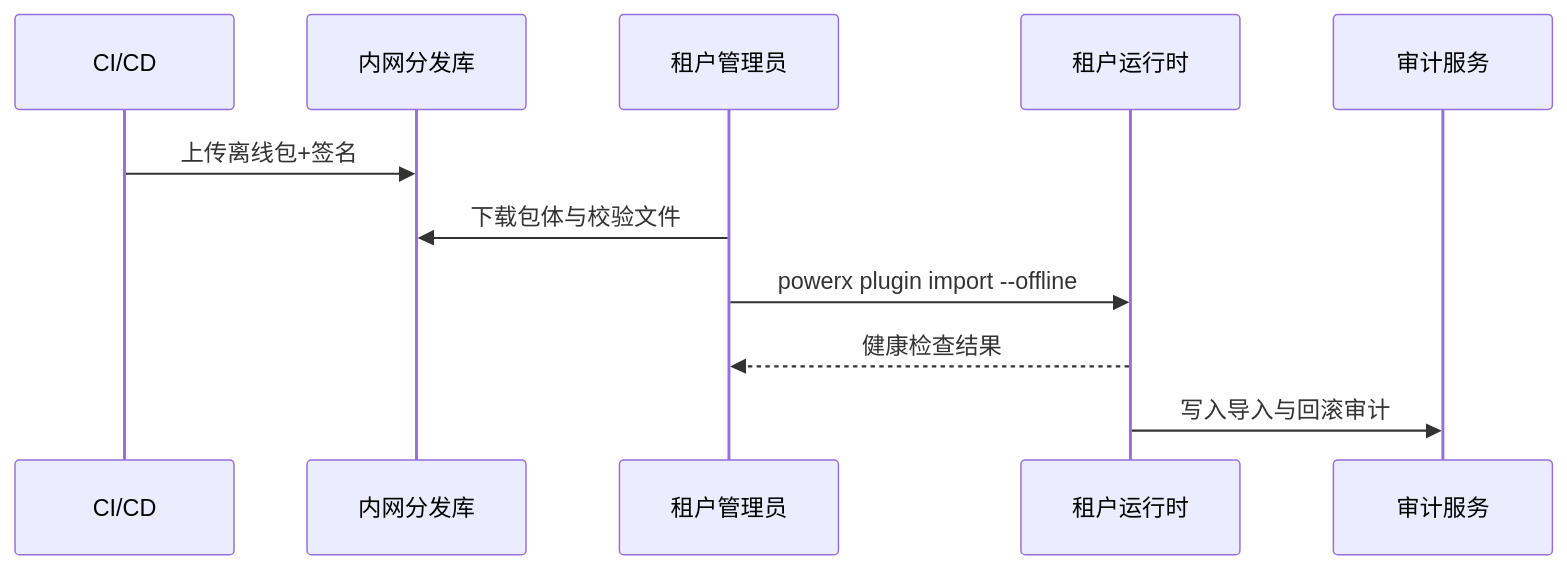
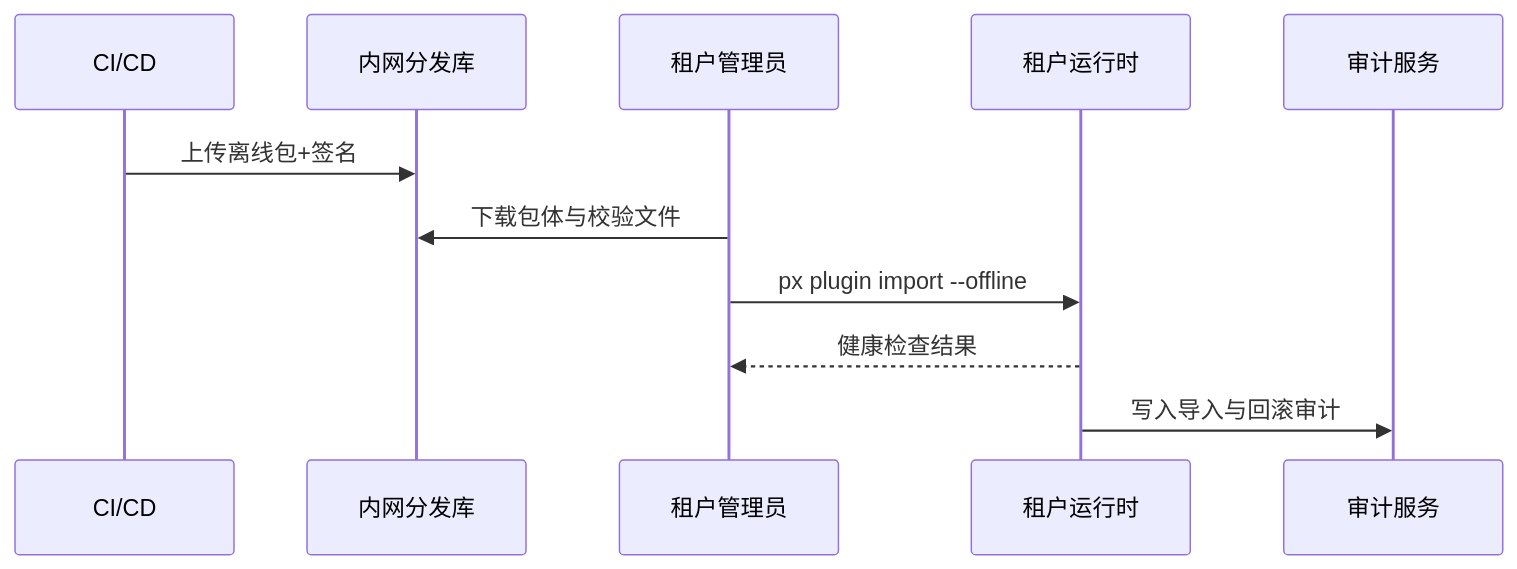
Before and after one commit to ArtisanCloud/PowerX: the diagram in docs/use_cases/_from_hub/SCN-DEV-PLUGIN-PUBLISH-001/UC-DEV-PLUGIN-OFFLINE-IMPORT-001.md, drawn with Mermaid. The commit also changed other lines of this file and 64 other files, not shown here.

Commit message:
feat(009-install-plugin-pxp):  Phase 9: Developer Bootstrap & Third-party Import（Priority P0 / US4）

````diff
--- a/docs/use_cases/_from_hub/SCN-DEV-PLUGIN-PUBLISH-001/UC-DEV-PLUGIN-OFFLINE-IMPORT-001.md
+++ b/docs/use_cases/_from_hub/SCN-DEV-PLUGIN-PUBLISH-001/UC-DEV-PLUGIN-OFFLINE-IMPORT-001.md
@@ -87,14 +87,14 @@
 ```mermaid
 sequenceDiagram
   participant Pipeline as CI/CD
   participant Repo as 内网分发库
   participant Admin as 租户管理员
   participant Runtime as 租户运行时
   participant Audit as 审计服务
 
   Pipeline->>Repo: 上传离线包+签名
   Admin->>Repo: 下载包体与校验文件
-  Admin->>Runtime: powerx plugin import --offline
+  Admin->>Runtime: px plugin import --offline
   Runtime-->>Admin: 健康检查结果
   Runtime->>Audit: 写入导入与回滚审计
 ```
````
